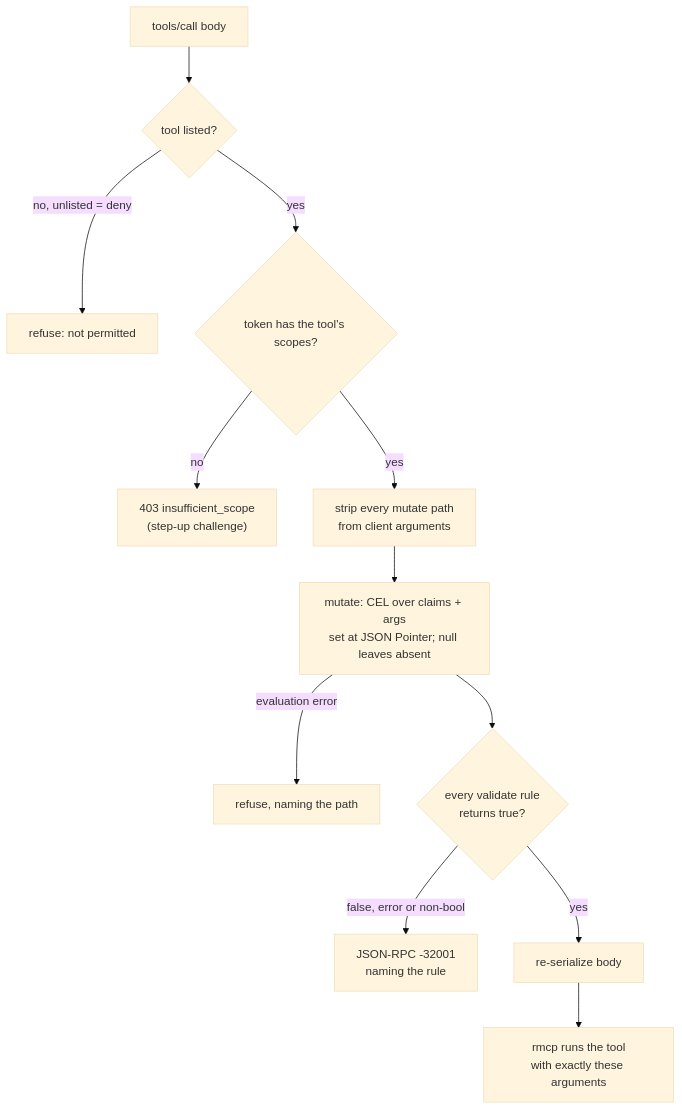
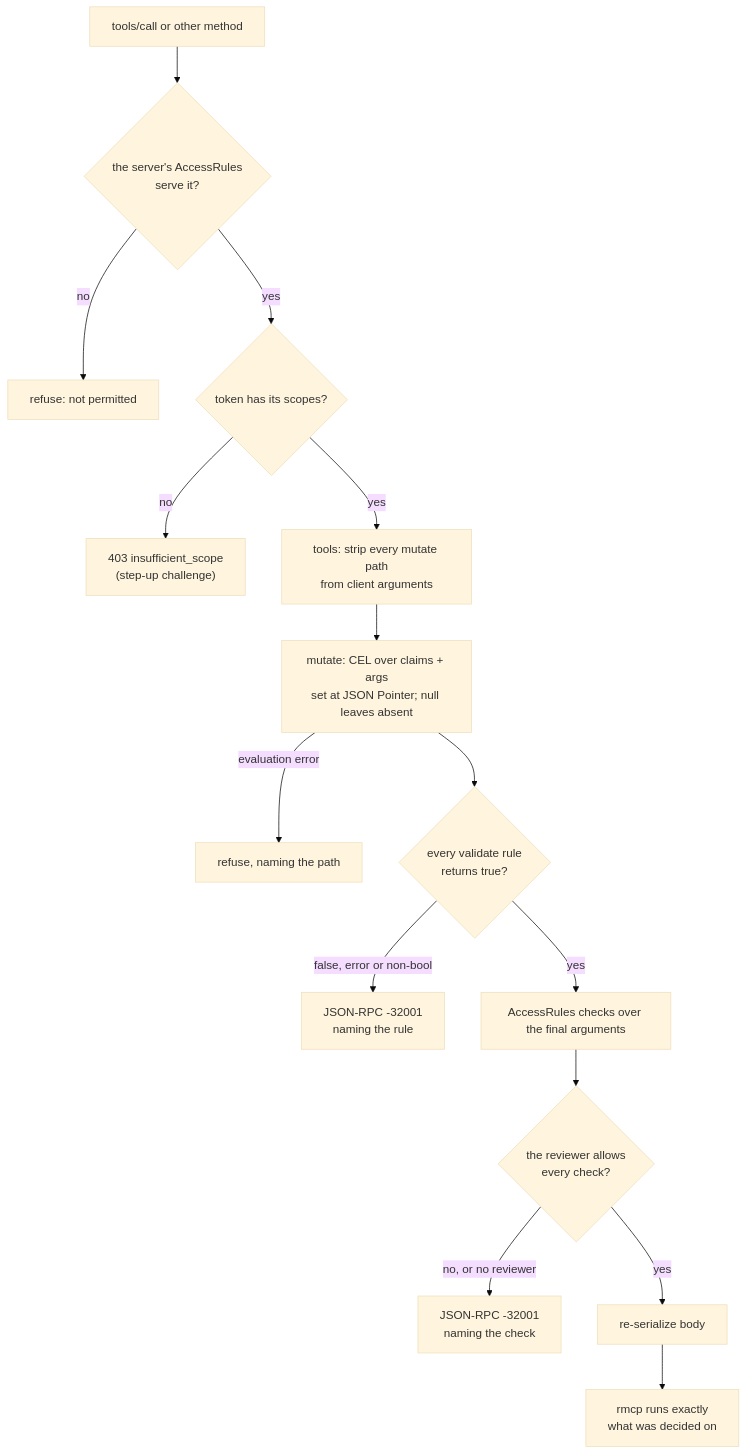
One commit to neuralmagic/crucible changed the third of 5 diagrams in crucible-mcp-auth/README.md. Above: the diagram before and after it, drawn with Mermaid (base theme). The commit also changed other lines of this file and 15 other files, not shown here.

First line of the commit message:
Declare tool scopes and access checks in server code

````diff
--- a/crucible-mcp-auth/README.md
+++ b/crucible-mcp-auth/README.md
@@ -264,13 +266,16 @@
 ```mermaid
 flowchart TD
-    req["tools/call body"] --> listed{"tool listed?"}
-    listed -- "no, unlisted = deny" --> deny1["refuse: not permitted"]
-    listed -- yes --> scopes{"token has the tool's scopes?"}
+    req["tools/call or other method"] --> served{"the server's AccessRules<br/>serve it?"}
+    served -- no --> deny1["refuse: not permitted"]
+    served -- yes --> scopes{"token has its scopes?"}
     scopes -- no --> step["403 insufficient_scope<br/>(step-up challenge)"]
-    scopes -- yes --> strip["strip every mutate path<br/>from client arguments"]
+    scopes -- yes --> strip["tools: strip every mutate path<br/>from client arguments"]
     strip --> mutate["mutate: CEL over claims + args<br/>set at JSON Pointer; null leaves absent"]
     mutate -- "evaluation error" --> deny2["refuse, naming the path"]
     mutate --> validate{"every validate rule<br/>returns true?"}
     validate -- "false, error or non-bool" --> deny3["JSON-RPC -32001<br/>naming the rule"]
-    validate -- yes --> reser["re-serialize body"] --> rmcp["rmcp runs the tool<br/>with exactly these arguments"]
+    validate -- yes --> checks["AccessRules checks over the final arguments"]
+    checks --> review{"the reviewer allows<br/>every check?"}
+    review -- "no, or no reviewer" --> deny4["JSON-RPC -32001<br/>naming the check"]
+    review -- yes --> reser["re-serialize body"] --> rmcp["rmcp runs exactly<br/>what was decided on"]
 ```
````
